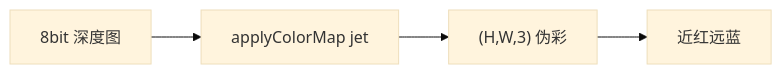
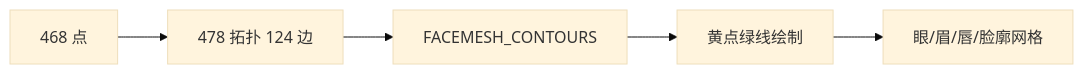
The sixth of 9 diagrams in courses/sheet1/robot_vision/_parts/experiment-8.md (aibittek/course_generate_agent), drawn with Mermaid (base theme) before and after one commit. The commit also changed other lines of this file and 98 other files, not shown here.

````diff
--- a/courses/sheet1/robot_vision/_parts/experiment-8.md
+++ b/courses/sheet1/robot_vision/_parts/experiment-8.md
@@ -269,6 +370,7 @@
 ```mermaid
 graph LR
-    A[8bit 深度图] --> B[applyColorMap jet]
-    B --> C["(H,W,3) 伪彩"]
-    C --> D[近红远蓝]
+    A[468 点] --> B["478 拓扑 124 边"]
+    B --> C[FACEMESH_CONTOURS]
+    C --> D[黄点绿线绘制]
+    D --> E[眼/眉/唇/脸廓网格]
 ```
````
